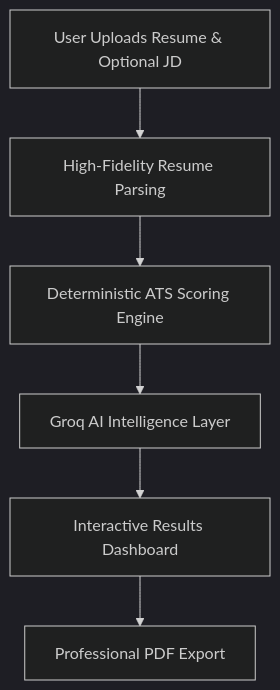
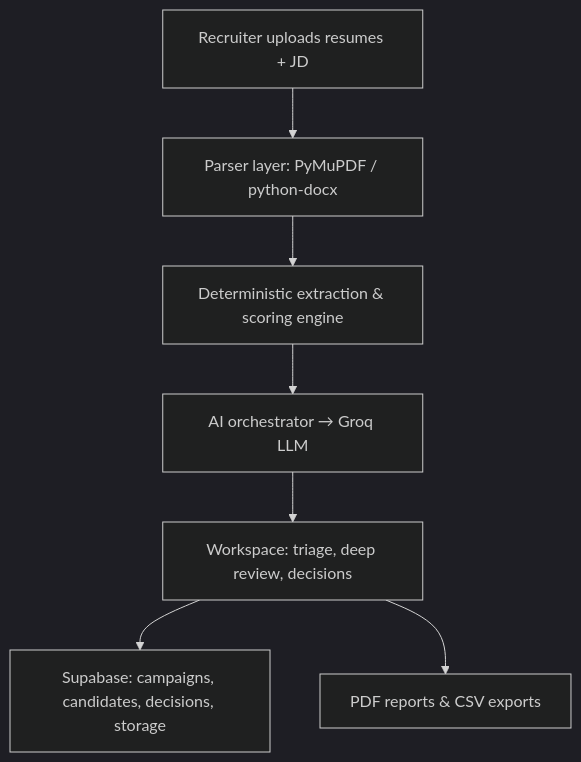
Before and after one commit to ShrijalGoswami/Resume-Parser: the first of 2 diagrams in README.md, drawn with Mermaid (dark theme). The commit also changed other lines of this file, not shown here.

````diff
--- a/README.md
+++ b/README.md
@@ -68,8 +72,9 @@
 ```mermaid
 graph TD
-    A[User Uploads Resume & Optional JD] --> B[High-Fidelity Resume Parsing]
-    B --> C[Deterministic ATS Scoring Engine]
-    C --> D[Groq AI Intelligence Layer]
-    D --> E[Interactive Results Dashboard]
-    E --> F[Professional PDF Export]
+    A[Recruiter uploads resumes + JD] --> B[Parser layer: PyMuPDF / python-docx]
+    B --> C[Deterministic extraction & scoring engine]
+    C --> D[AI orchestrator → Groq LLM]
+    D --> E[Workspace: triage, deep review, decisions]
+    E --> F[Supabase: campaigns, candidates, decisions, storage]
+    E --> G[PDF reports & CSV exports]
 ```
````
